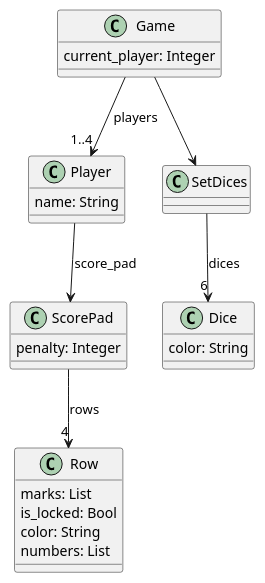
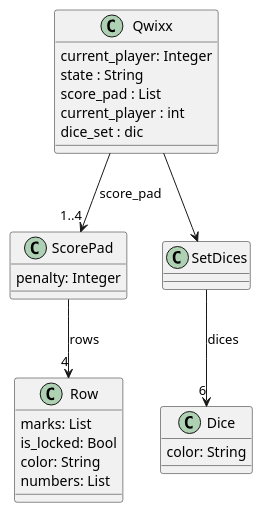
The diagram in qwixx/clases.puml (evbeda/games5), drawn with PlantUML before and after one commit.

Commit message:
new model uml qwixx

```diff
--- a/qwixx/clases.puml
+++ b/qwixx/clases.puml
@@ -1,26 +1,26 @@
 @startuml
-class Player {
-    name: String
-}
 class ScorePad {
     penalty: Integer
 }
 class Row {
     marks: List
     is_locked: Bool
     color: String
     numbers: List
 }
 class Dice{
     color: String
 }
-class Game{
+class Qwixx{
     current_player: Integer
+    state : String 
+    score_pad : List
+    current_player : int
+    dice_set : dic
 }
 
 ScorePad  --> "4" Row: rows
-Player --> ScorePad: score_pad
-Game --> "1..4" Player: players
-Game --> SetDices
+Qwixx--> "1..4"ScorePad: score_pad
+Qwixx--> SetDices
 SetDices --> "6" Dice: dices
 @enduml
```
